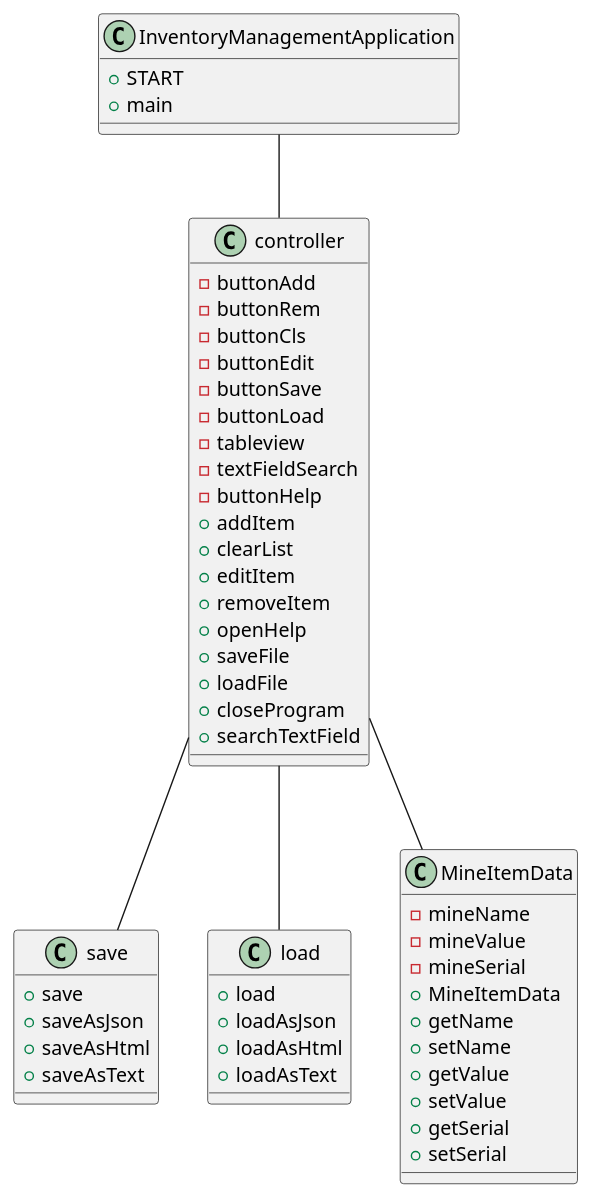
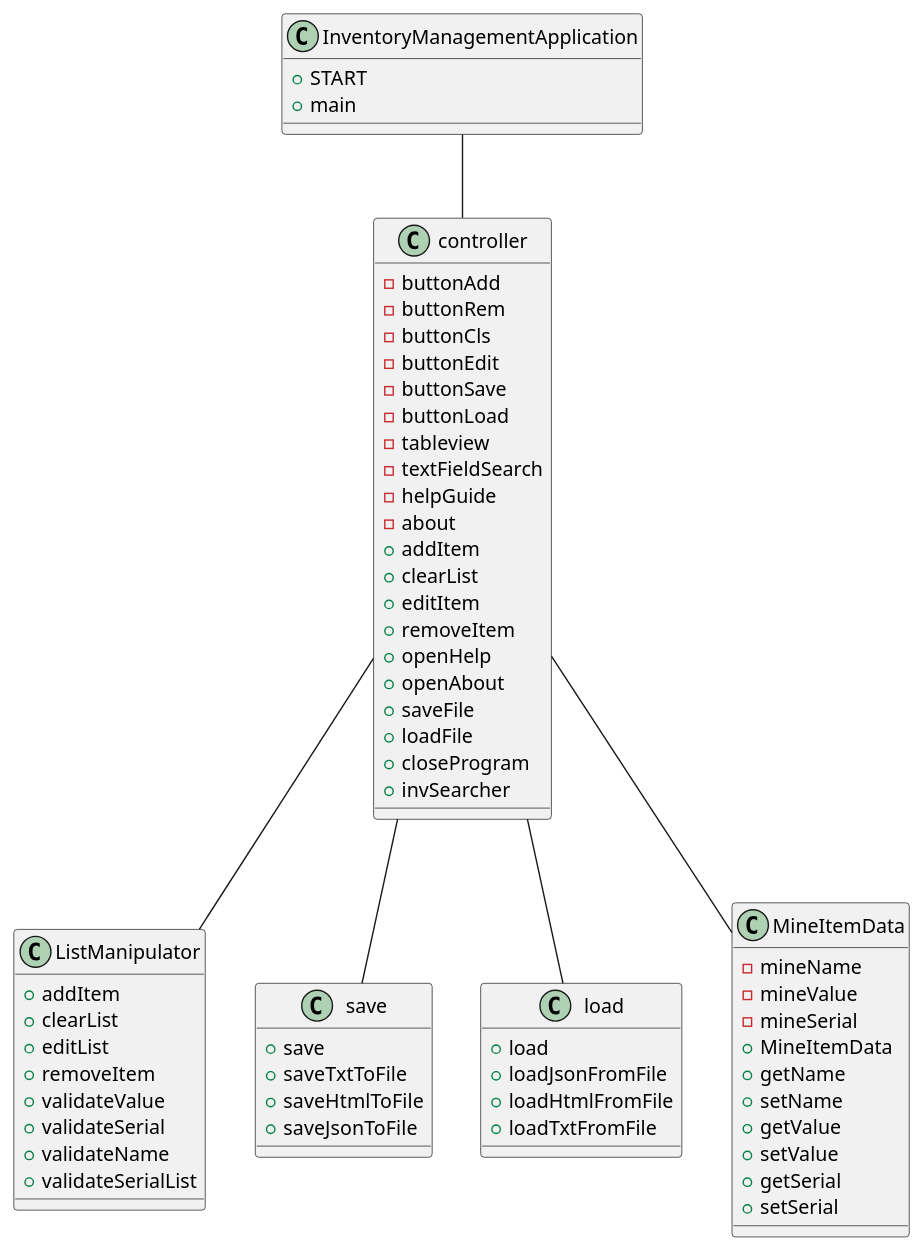
One commit to Trump7/trump-app2 changed the diagram in TrumpApp2/docs/InventoryApplication.puml. Above: the diagram before and after it, drawn with PlantUML.

Commit message:
PlantUML

```diff
--- a/TrumpApp2/docs/InventoryApplication.puml
+++ b/TrumpApp2/docs/InventoryApplication.puml
@@ -1,62 +1,74 @@
 @startuml
 class controller{
     -buttonAdd
     -buttonRem
     -buttonCls
     -buttonEdit
     -buttonSave
     -buttonLoad
     -tableview
     -textFieldSearch
-    -buttonHelp
+    -helpGuide
+    -about
     +addItem
     +clearList
     +editItem
     +removeItem
     +openHelp
+    +openAbout
     +saveFile
     +loadFile
     +closeProgram
-    +searchTextField
+    +invSearcher
+}
+
+class ListManipulator{
+    +addItem
+    +clearList
+    +editList
+    +removeItem
+    +validateValue
+    +validateSerial
+    +validateName
+    +validateSerialList
 }
 
 class save{
     +save
-    +saveAsJson
-    +saveAsHtml
-    +saveAsText
+    +saveTxtToFile
+    +saveHtmlToFile
+    +saveJsonToFile
 }
 
 class load{
     +load
-    +loadAsJson
-    +loadAsHtml
-    +loadAsText
+    +loadJsonFromFile
+    +loadHtmlFromFile
+    +loadTxtFromFile
 }
 
 class InventoryManagementApplication{
     +START
     +main
 }
 
 class MineItemData{
     -mineName
     -mineValue
     -mineSerial
     +MineItemData
     +getName
     +setName
     +getValue
     +setValue
     +getSerial
     +setSerial
 }
 
 InventoryManagementApplication -- controller
+controller -- ListManipulator
 controller -- MineItemData
 controller -- save
 controller -- load
 
-
-
 @enduml
```
